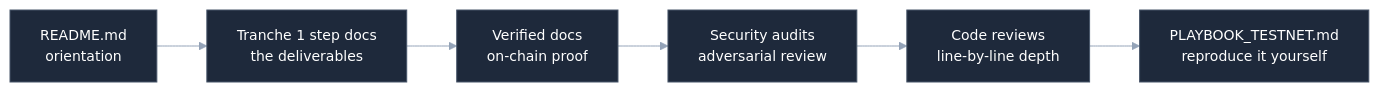
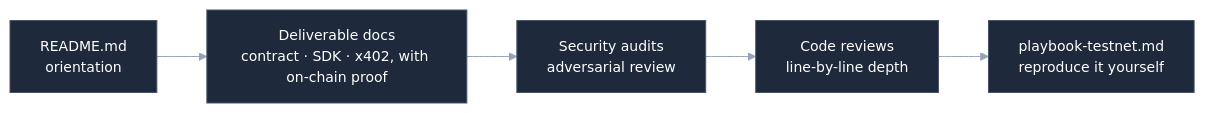
The diagram in docs/list.md (reapp-protocol/reapp-protocol), drawn with Mermaid before and after one commit. The commit also changed other lines of this file and 21 other files, not shown here.

First line of the commit message:
docs: reorg deliverable docs, cut stale proof bundle, move playbook

````diff
--- a/docs/list.md
+++ b/docs/list.md
@@ -15,9 +15,8 @@
 ```mermaid
 %%{init: {'theme':'base','themeVariables':{'fontSize':'14px','lineColor':'#94a3b8','primaryColor':'#1e293b','primaryTextColor':'#ffffff','primaryBorderColor':'#475569'}}}%%
 flowchart LR
-  A[README.md<br/>orientation] --> B[Tranche 1 step docs<br/>the deliverables]
-  B --> C[Verified docs<br/>on-chain proof]
-  C --> D[Security audits<br/>adversarial review]
+  A[README.md<br/>orientation] --> B[Deliverable docs<br/>contract · SDK · x402, with on-chain proof]
+  B --> D[Security audits<br/>adversarial review]
   D --> E[Code reviews<br/>line-by-line depth]
-  E --> F[PLAYBOOK_TESTNET.md<br/>reproduce it yourself]
+  E --> F[playbook-testnet.md<br/>reproduce it yourself]
 ```
````
